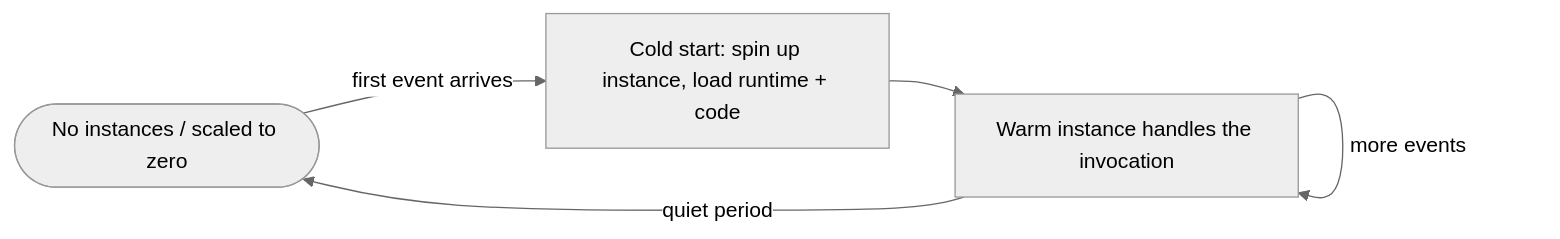
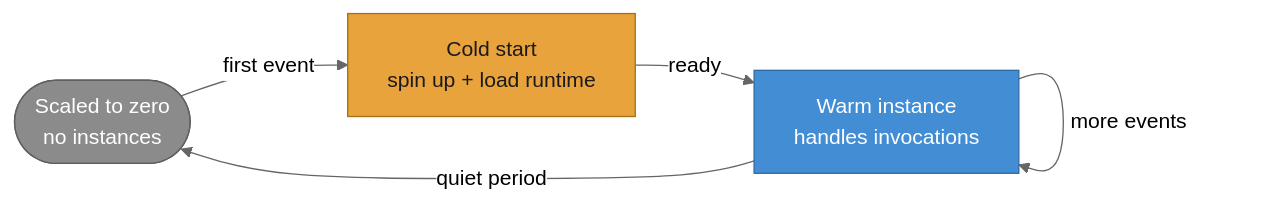
One commit to seesathish/AntKart-Src3 changed the first of 3 diagrams in docs/guides/serverless-eventing-concepts.md. Above: the diagram before and after it, drawn with Mermaid (neutral theme). The commit also changed other lines of this file and 4 other files, not shown here.

First line of the commit message:
docs: standardise all concept-guide Mermaid diagrams to one visual standard

````diff
--- a/docs/guides/serverless-eventing-concepts.md
+++ b/docs/guides/serverless-eventing-concepts.md
@@ -43,7 +43,18 @@
 ```mermaid
 flowchart LR
-    IDLE([No instances / scaled to zero]) -->|first event arrives| COLD[Cold start: spin up instance, load runtime + code]
-    COLD --> WARM[Warm instance handles the invocation]
+    IDLE([Scaled to zero<br/>no instances]) -->|first event| COLD[Cold start<br/>spin up + load runtime]
+    COLD -->|ready| WARM[Warm instance<br/>handles invocations]
     WARM -->|more events| WARM
     WARM -->|quiet period| IDLE
+
+    classDef actor   fill:#08427B,stroke:#052c54,color:#ffffff;
+    classDef primary fill:#1168BD,stroke:#0b4a87,color:#ffffff;
+    classDef service fill:#438DD5,stroke:#2d6ca3,color:#ffffff;
+    classDef data    fill:#85BBF0,stroke:#5a9bd4,color:#0b2545;
+    classDef external fill:#8B8B8B,stroke:#5f5f5f,color:#ffffff;
+    classDef focus   fill:#E8A33D,stroke:#a96f16,color:#1a1a1a;
+
+    class IDLE external
+    class WARM service
+    class COLD focus
 ```
````
